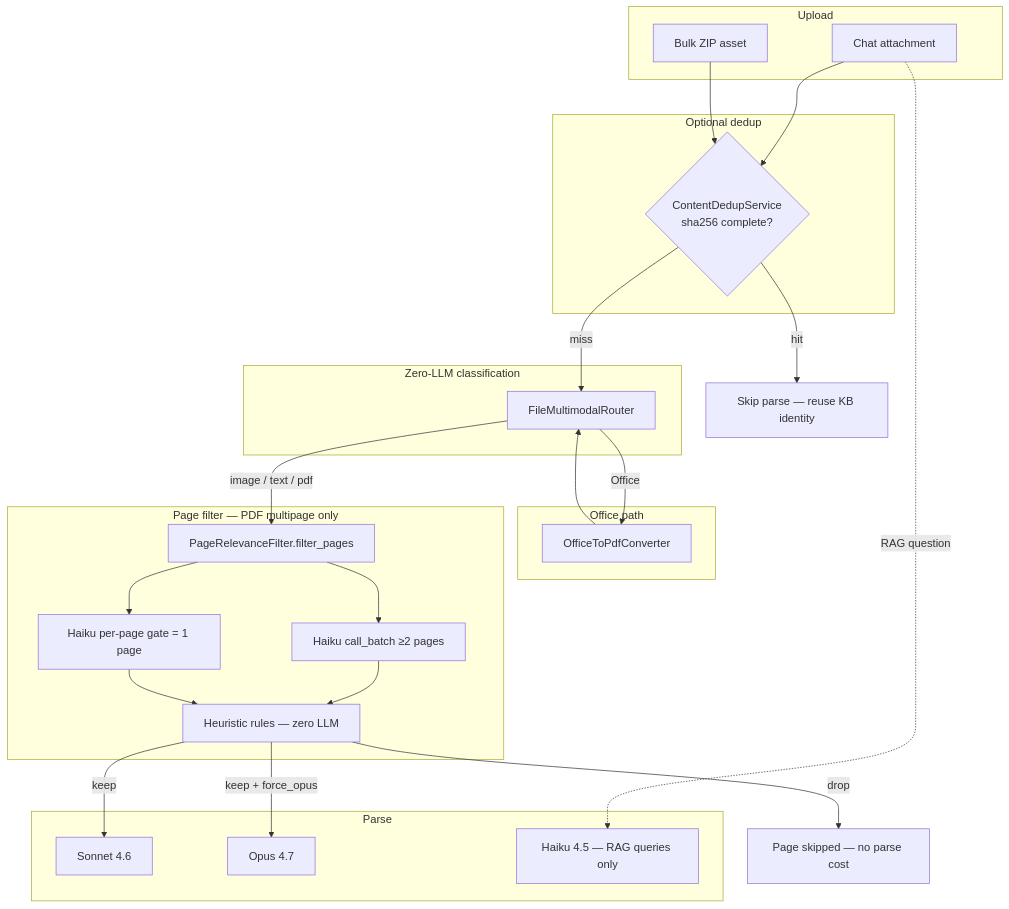
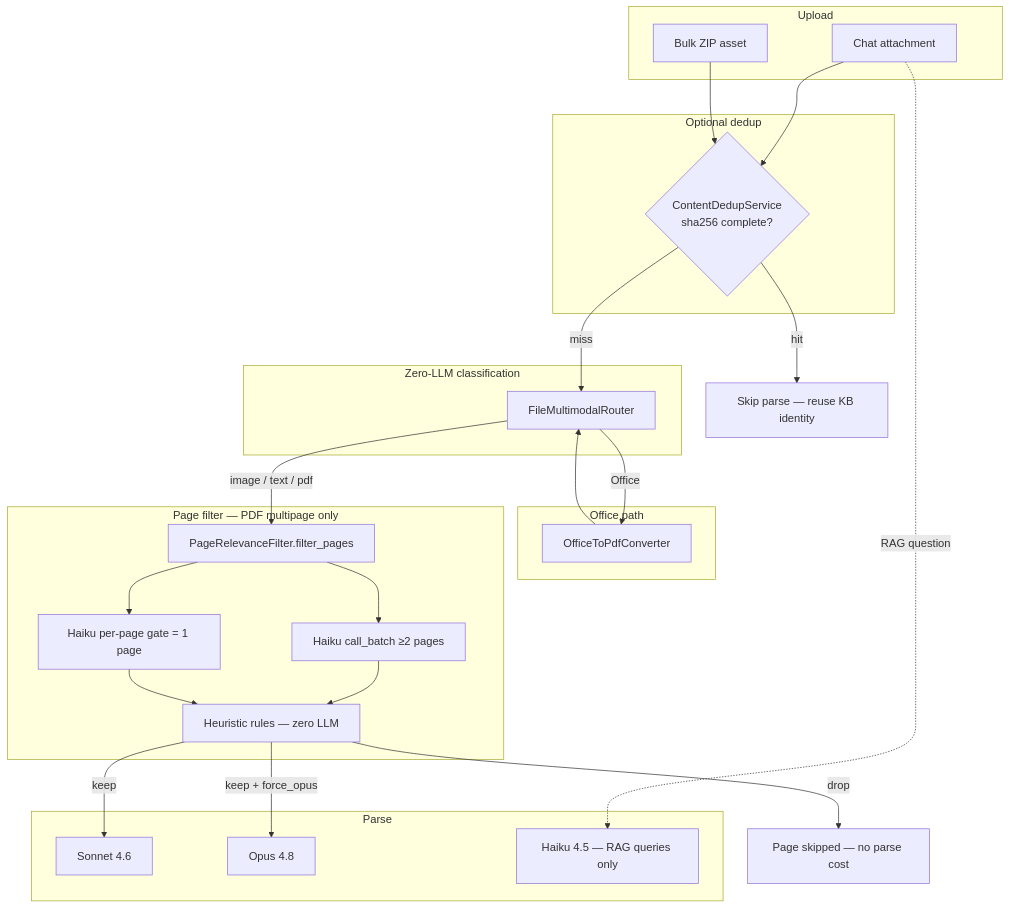
The diagram in docs/INGESTION_ROUTING.md (danebo-labs/smart_deal), drawn with Mermaid before and after one commit. The commit also changed other lines of this file and 18 other files, not shown here.

````diff
--- a/docs/INGESTION_ROUTING.md
+++ b/docs/INGESTION_ROUTING.md
@@ -22,48 +22,48 @@
 ```mermaid
 flowchart TB
   subgraph entry [Upload]
     Chat[Chat attachment]
     Bulk[Bulk ZIP asset]
   end
 
   subgraph classify [Zero-LLM classification]
     Router[FileMultimodalRouter]
   end
 
   subgraph dedup [Optional dedup]
     Sha{ContentDedupService<br/>sha256 complete?}
   end
 
   subgraph office [Office path]
     Libre[OfficeToPdfConverter]
   end
 
   subgraph filter [Page filter — PDF multipage only]
     FP[PageRelevanceFilter.filter_pages]
     BatchH[Haiku call_batch ≥2 pages]
     SingleH[Haiku per-page gate = 1 page]
     Heur[Heuristic rules — zero LLM]
   end
 
   subgraph parse [Parse]
     Sonnet[Sonnet 4.6]
-    Opus[Opus 4.7]
+    Opus[Opus 4.8]
     HaikuRAG[Haiku 4.5 — RAG queries only]
   end
 
   Chat --> Sha
   Bulk --> Sha
   Sha -->|hit| Skip[Skip parse — reuse KB identity]
   Sha -->|miss| Router
   Router -->|Office| Libre --> Router
   Router -->|image / text / pdf| FP
   FP --> BatchH
   FP --> SingleH
   BatchH --> Heur
   SingleH --> Heur
   Heur -->|keep| Sonnet
   Heur -->|keep + force_opus| Opus
   Heur -->|drop| Drop[Page skipped — no parse cost]
 
   Chat -.->|RAG question| HaikuRAG
 ```
````
